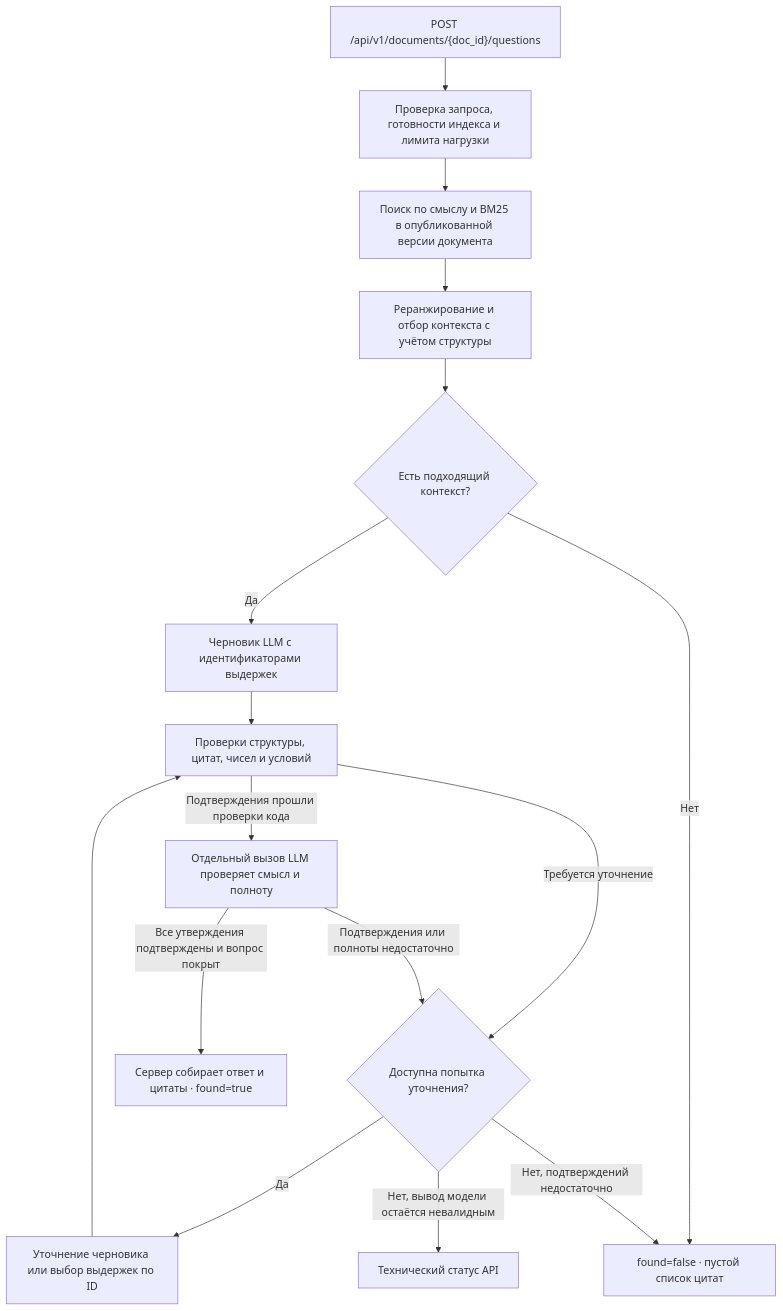
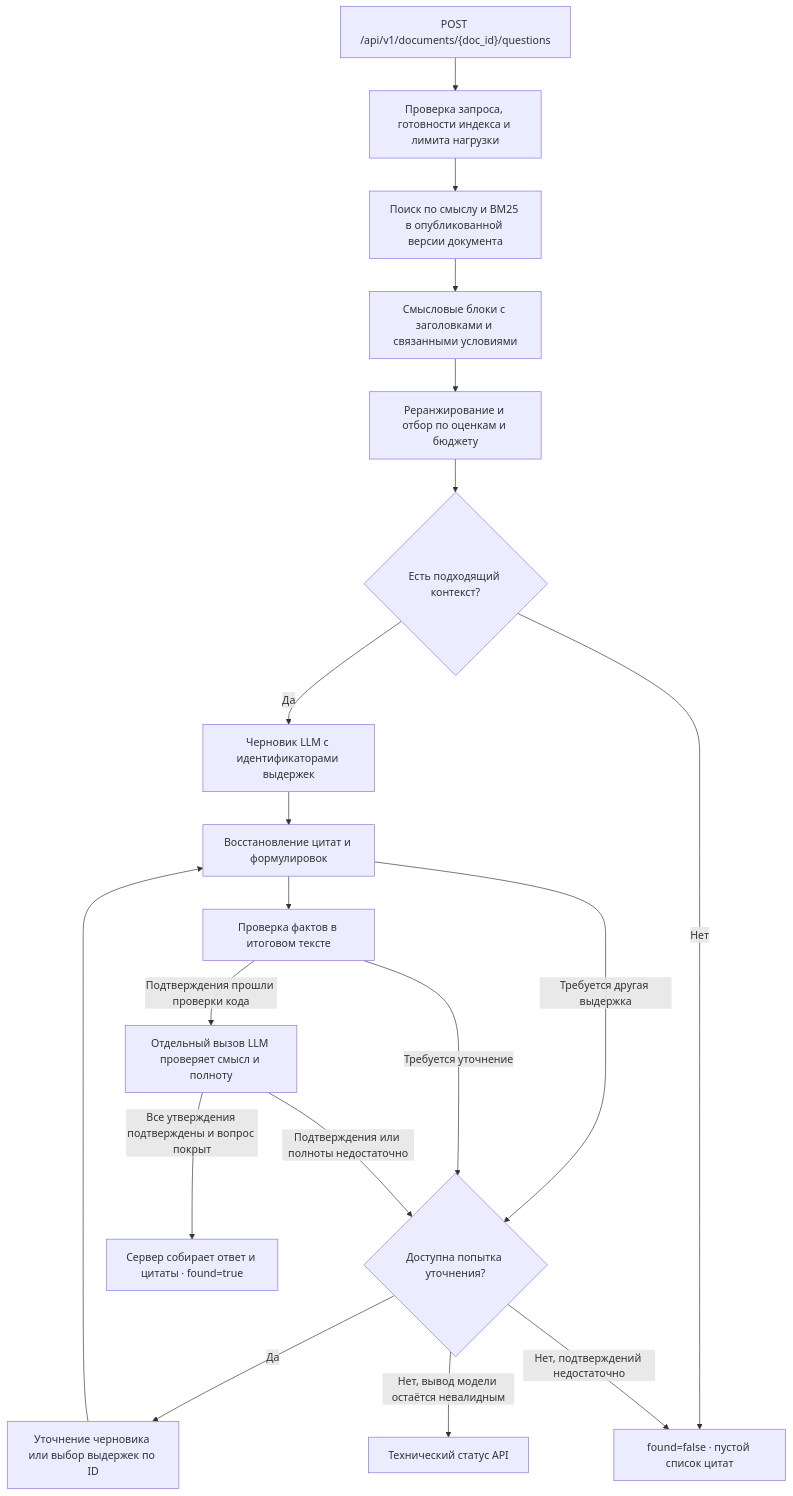
Before and after one commit to texpomru13/b1-test: the third of 3 diagrams in ARCHITECTURE.md, drawn with Mermaid. The commit also changed other lines of this file and 4 other files, not shown here.

````diff
--- a/ARCHITECTURE.md
+++ b/ARCHITECTURE.md
@@ -54,18 +54,21 @@
 ```mermaid
 flowchart TD
     ask["POST /api/v1/documents/{doc_id}/questions"] --> admission["Проверка запроса, готовности индекса и лимита нагрузки"]
     admission --> search["Поиск по смыслу и BM25 в опубликованной версии документа"]
-    search --> context["Реранжирование и отбор контекста с учётом структуры"]
+    search --> groups["Смысловые блоки с заголовками и связанными условиями"]
+    groups --> context["Реранжирование и отбор по оценкам и бюджету"]
     context --> evidence{"Есть подходящий контекст?"}
     evidence -->|"Да"| draft["Черновик LLM с идентификаторами выдержек"]
     evidence -->|"Нет"| abstain["found=false · пустой список цитат"]
-    draft --> validation["Проверки структуры, цитат, чисел и условий"]
+    draft --> quotes["Восстановление цитат и формулировок"]
+    quotes --> validation["Проверка фактов в итоговом тексте"]
+    quotes -->|"Требуется другая выдержка"| retry
     validation -->|"Подтверждения прошли проверки кода"| review["Отдельный вызов LLM проверяет смысл и полноту"]
     validation -->|"Требуется уточнение"| retry{"Доступна попытка уточнения?"}
     review -->|"Все утверждения подтверждены и вопрос покрыт"| assemble["Сервер собирает ответ и цитаты · found=true"]
     review -->|"Подтверждения или полноты недостаточно"| retry
     retry -->|"Да"| regenerate["Уточнение черновика или выбор выдержек по ID"]
-    regenerate --> validation
+    regenerate --> quotes
     retry -->|"Нет, подтверждений недостаточно"| abstain
     retry -->|"Нет, вывод модели остаётся невалидным"| invalid["Технический статус API"]
 ```
````
